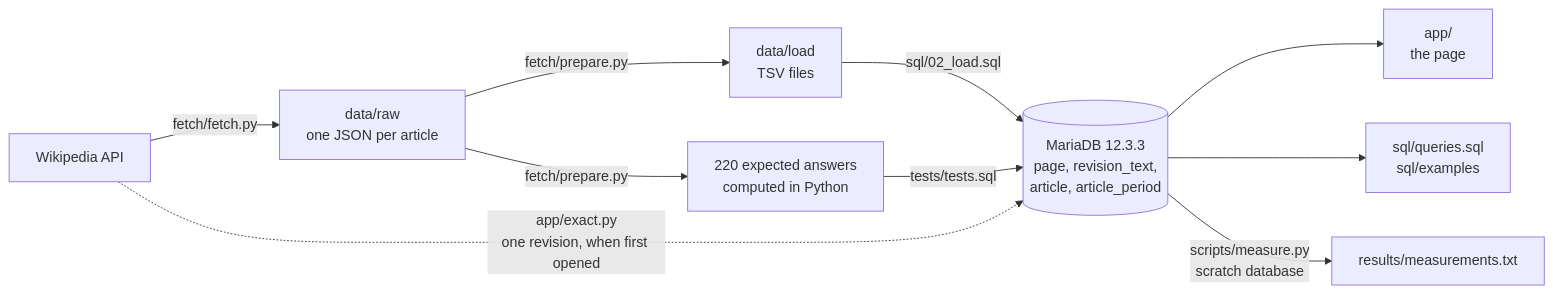
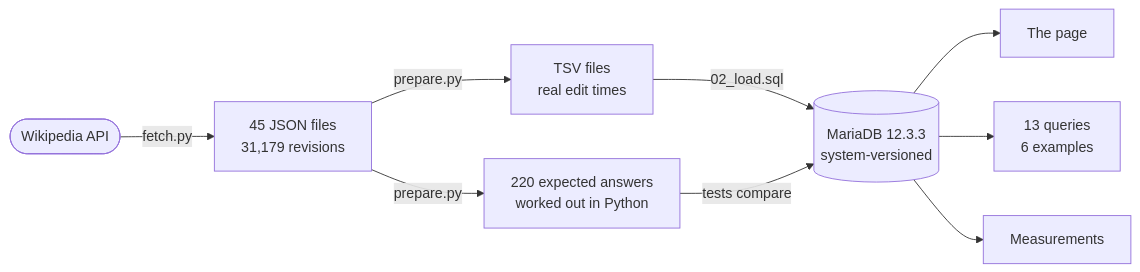
The second of 4 diagrams in README.md (ayoublabrinssi/Capstone-MariaDB-time-machine), drawn with Mermaid before and after one commit. The commit also changed other lines of this file and 72 other files, not shown here.

First line of the commit message:
Shorter README, UML data model, icons, design folder, new logo

````diff
--- a/README.md
+++ b/README.md
@@ -200,12 +117,11 @@
 ```mermaid
 flowchart LR
-  W[Wikipedia API] -->|fetch/fetch.py| R[data/raw<br>one JSON per article]
-  R -->|fetch/prepare.py| T[data/load<br>TSV files]
-  R -->|fetch/prepare.py| E[220 expected answers<br>computed in Python]
-  T -->|sql/02_load.sql| DB[(MariaDB 12.3.3<br>page, revision_text,<br>article, article_period)]
-  DB --> P[app/<br>the page]
-  W -.->|app/exact.py<br>one revision, when first opened| DB
-  DB --> Q[sql/queries.sql<br>sql/examples]
-  E -->|tests/tests.sql| DB
-  DB -->|scripts/measure.py<br>scratch database| M[results/measurements.txt]
+  W([Wikipedia API]) -->|fetch.py| R[45 JSON files<br>31,179 revisions]
+  R -->|prepare.py| T[TSV files<br>real edit times]
+  R -->|prepare.py| E[220 expected answers<br>worked out in Python]
+  T -->|02_load.sql| DB[(MariaDB 12.3.3<br>system-versioned)]
+  E -->|tests compare| DB
+  DB --> P[The page]
+  DB --> Q[13 queries<br>6 examples]
+  DB --> M[Measurements]
 ```
````
